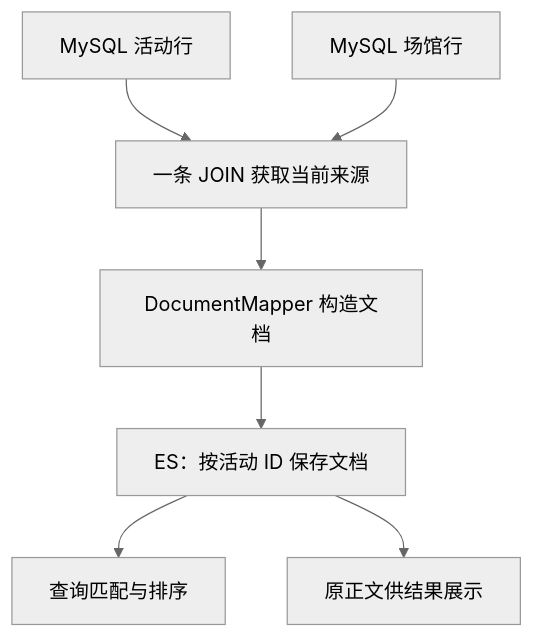
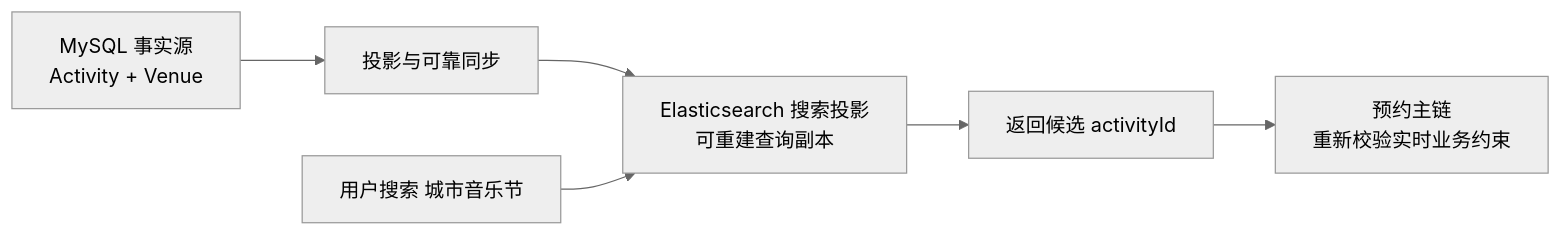
The first of 24 diagrams in 03-全文检索与索引治理.md (SyH-101/citypass-platform), drawn with Mermaid (neutral theme) before and after one commit. The commit also changed other lines of this file, not shown here.

````diff
--- a/03-全文检索与索引治理.md
+++ b/03-全文检索与索引治理.md
@@ -164,9 +60,8 @@
 ```mermaid
-flowchart TD
-    A["MySQL 活动行"] --> C["一条 JOIN 获取当前来源"]
-    B["MySQL 场馆行"] --> C
-    C --> D["DocumentMapper 构造文档"]
-    D --> E["ES：按活动 ID 保存文档"]
-    E --> F["查询匹配与排序"]
-    E --> G["原正文供结果展示"]
+flowchart LR
+    A["MySQL 事实源<br/>Activity + Venue"] --> B["投影与可靠同步"]
+    B --> C["Elasticsearch 搜索投影<br/>可重建查询副本"]
+    U["用户搜索 城市音乐节"] --> C
+    C --> D["返回候选 activityId"]
+    D --> E["预约主链<br/>重新校验实时业务约束"]
 ```
````
